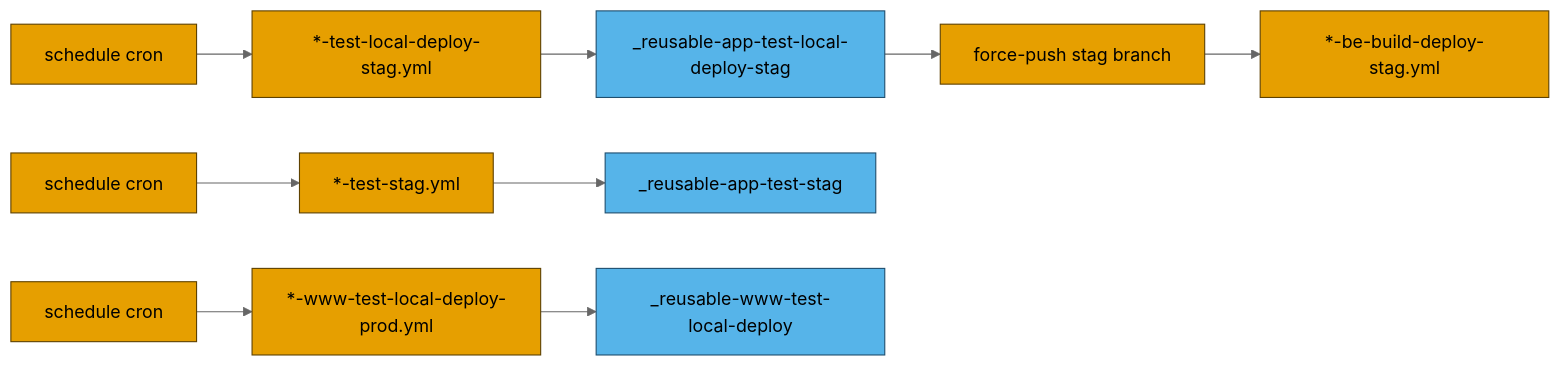
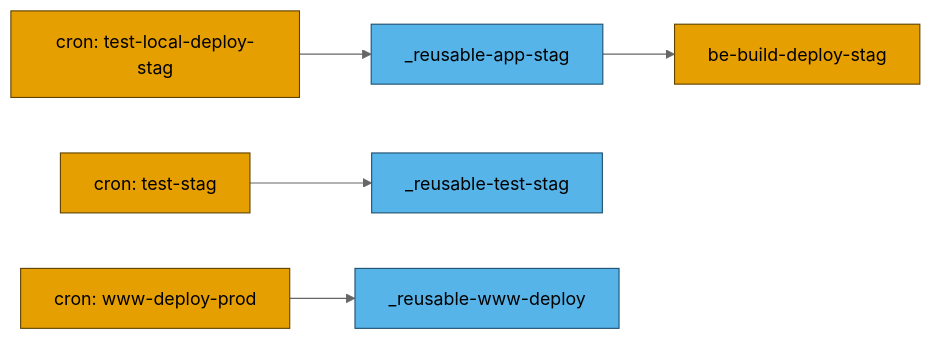
Before and after one commit to wahidyankf/baseerah: the fifth of 6 diagrams in plans/in-progress/standardize-rhino-cli-sdlc-parity/tech-docs.md, drawn with Mermaid (neutral theme). The commit also changed other lines of this file and 1 other file, not shown here.

````diff
--- a/plans/in-progress/standardize-rhino-cli-sdlc-parity/tech-docs.md
+++ b/plans/in-progress/standardize-rhino-cli-sdlc-parity/tech-docs.md
@@ -470,16 +468,15 @@
 ```mermaid
 flowchart LR
-    S1[schedule cron] --> T1[*-test-local-deploy-stag.yml]
-    T1 --> R1[_reusable-app-test-local-deploy-stag]
-    R1 --> P1[force-push stag branch]
-    P1 --> B1[*-be-build-deploy-stag.yml]
-    S2[schedule cron] --> T2[*-test-stag.yml]
-    T2 --> R2[_reusable-app-test-stag]
-    S3[schedule cron] --> T3[*-www-test-local-deploy-prod.yml]
-    T3 --> R3[_reusable-www-test-local-deploy]
+    T1["cron: test-local-deploy-stag"]
+    T1 --> R1[_reusable-app-stag]
+    R1 --> B1[be-build-deploy-stag]
+    T2["cron: test-stag"]
+    T2 --> R2[_reusable-test-stag]
+    T3["cron: www-deploy-prod"]
+    T3 --> R3[_reusable-www-deploy]
 
     classDef cron fill:#E69F00,color:#000000,stroke:#5f4200
     classDef reuse fill:#56B4E9,color:#000000,stroke:#1f4f6f
-    class S1,S2,S3,T1,T2,T3,P1,B1 cron
+    class T1,T2,T3,B1 cron
     class R1,R2,R3 reuse
 ```
````
